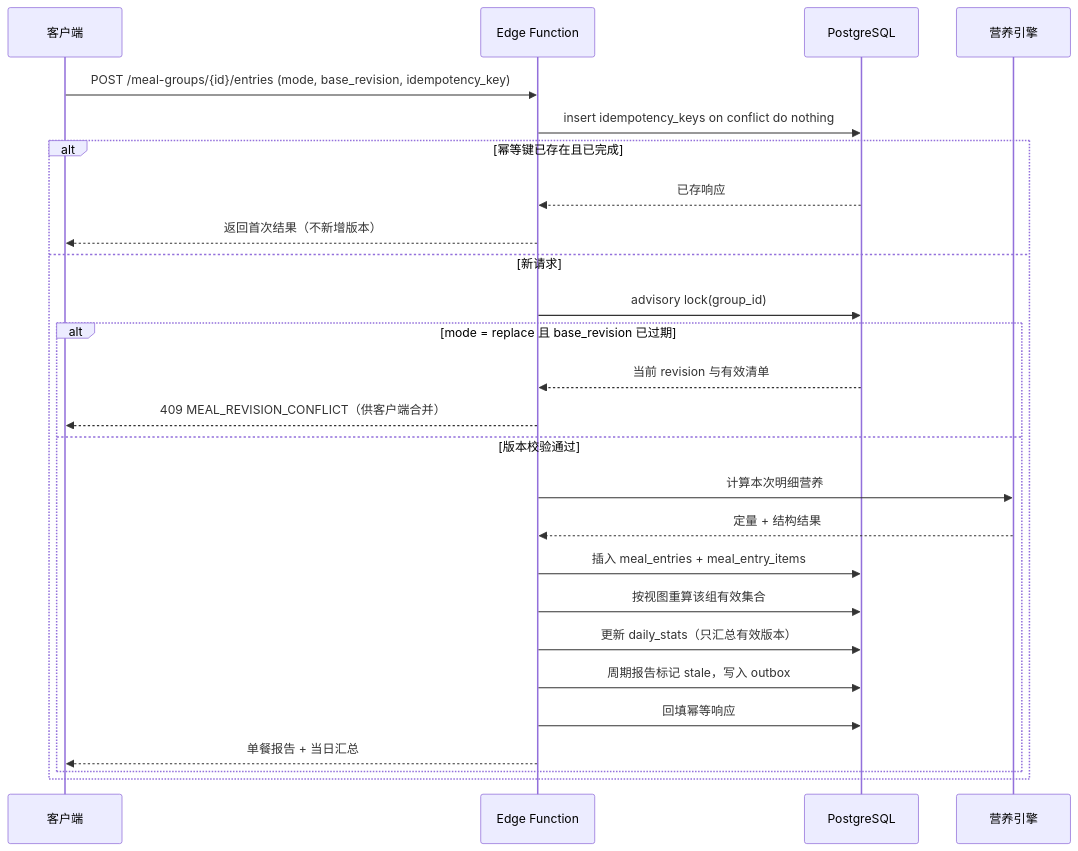
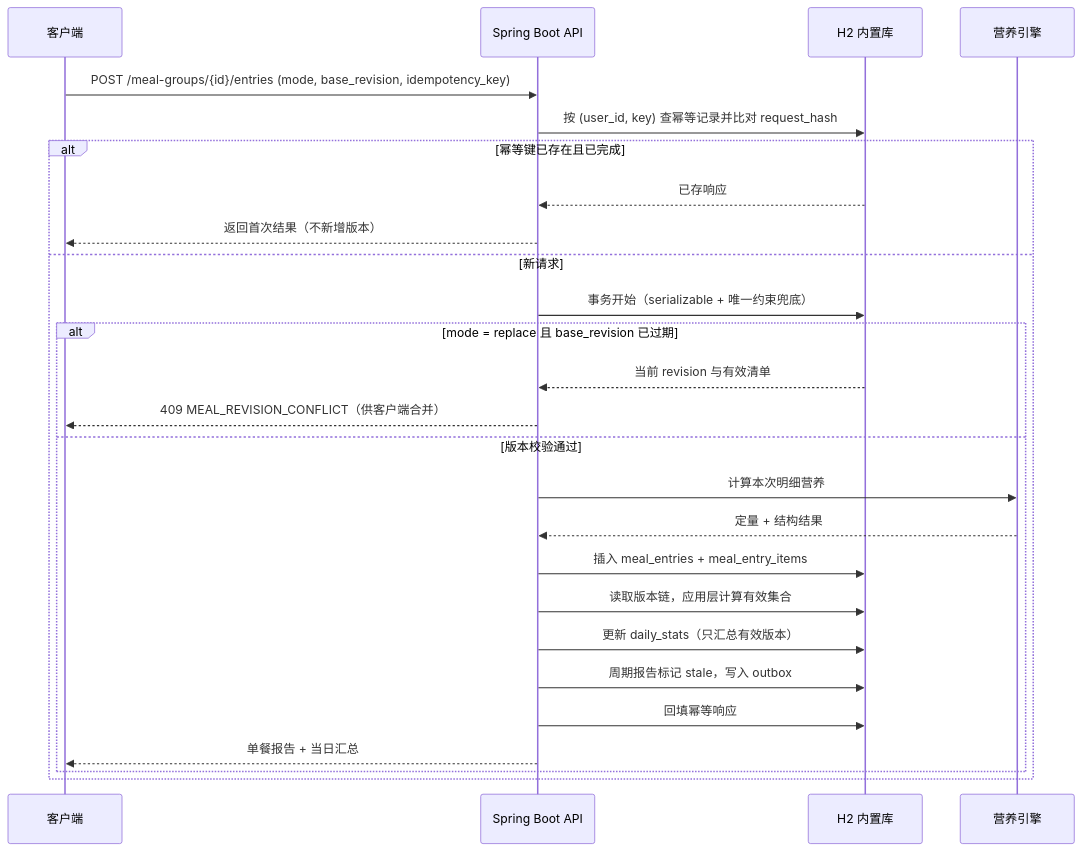
The fourth of 5 diagrams in docs/膳食指南App技术架构文档.md (hssjxjxsns/diet-guidelines), drawn with Mermaid before and after one commit. The commit also changed other lines of this file and 33 other files, not shown here.

````diff
--- a/docs/膳食指南App技术架构文档.md
+++ b/docs/膳食指南App技术架构文档.md
@@ -729,29 +694,29 @@
 ```mermaid
 sequenceDiagram
   participant App as 客户端
-  participant FN as Edge Function
-  participant DB as PostgreSQL
+  participant API as Spring Boot API
+  participant DB as H2 内置库
   participant NE as 营养引擎
 
-  App->>FN: POST /meal-groups/{id}/entries (mode, base_revision, idempotency_key)
-  FN->>DB: insert idempotency_keys on conflict do nothing
+  App->>API: POST /meal-groups/{id}/entries (mode, base_revision, idempotency_key)
+  API->>DB: 按 (user_id, key) 查幂等记录并比对 request_hash
   alt 幂等键已存在且已完成
-    DB-->>FN: 已存响应
-    FN-->>App: 返回首次结果（不新增版本）
+    DB-->>API: 已存响应
+    API-->>App: 返回首次结果（不新增版本）
   else 新请求
-    FN->>DB: advisory lock(group_id)
+    API->>DB: 事务开始（serializable + 唯一约束兜底）
     alt mode = replace 且 base_revision 已过期
-      DB-->>FN: 当前 revision 与有效清单
-      FN-->>App: 409 MEAL_REVISION_CONFLICT（供客户端合并）
+      DB-->>API: 当前 revision 与有效清单
+      API-->>App: 409 MEAL_REVISION_CONFLICT（供客户端合并）
     else 版本校验通过
-      FN->>NE: 计算本次明细营养
-      NE-->>FN: 定量 + 结构结果
-      FN->>DB: 插入 meal_entries + meal_entry_items
-      FN->>DB: 按视图重算该组有效集合
-      FN->>DB: 更新 daily_stats（只汇总有效版本）
-      FN->>DB: 周期报告标记 stale，写入 outbox
-      FN->>DB: 回填幂等响应
-      FN-->>App: 单餐报告 + 当日汇总
+      API->>NE: 计算本次明细营养
+      NE-->>API: 定量 + 结构结果
+      API->>DB: 插入 meal_entries + meal_entry_items
+      API->>DB: 读取版本链，应用层计算有效集合
+      API->>DB: 更新 daily_stats（只汇总有效版本）
+      API->>DB: 周期报告标记 stale，写入 outbox
+      API->>DB: 回填幂等响应
+      API-->>App: 单餐报告 + 当日汇总
     end
   end
 ```
````
